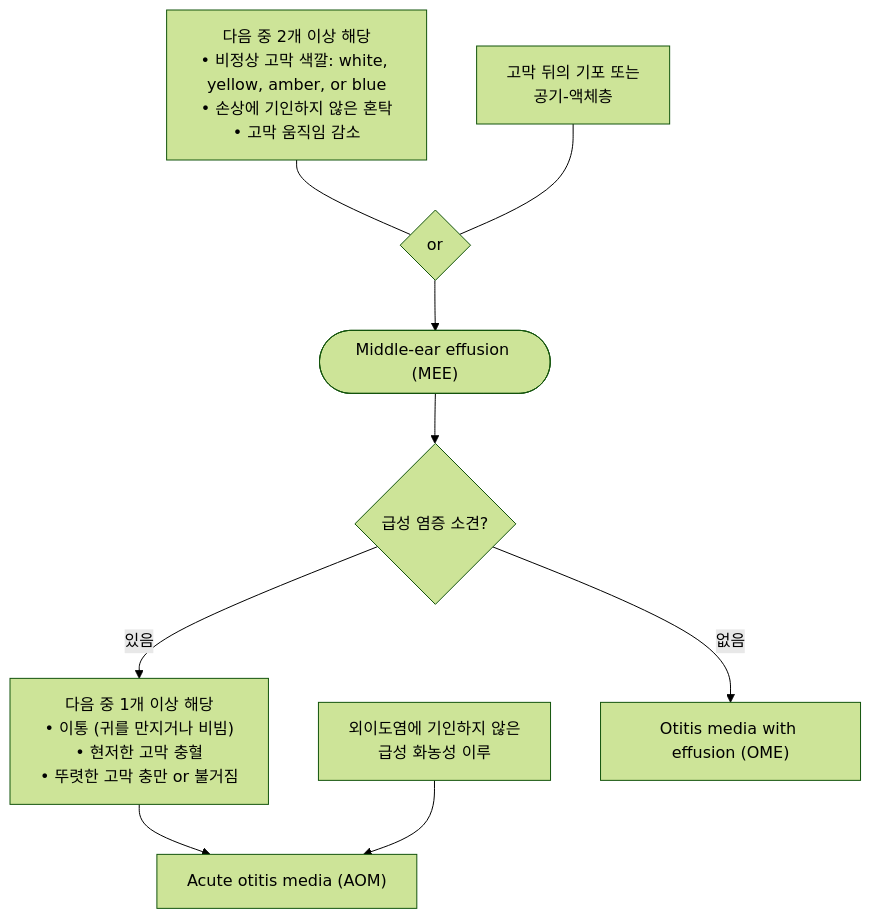
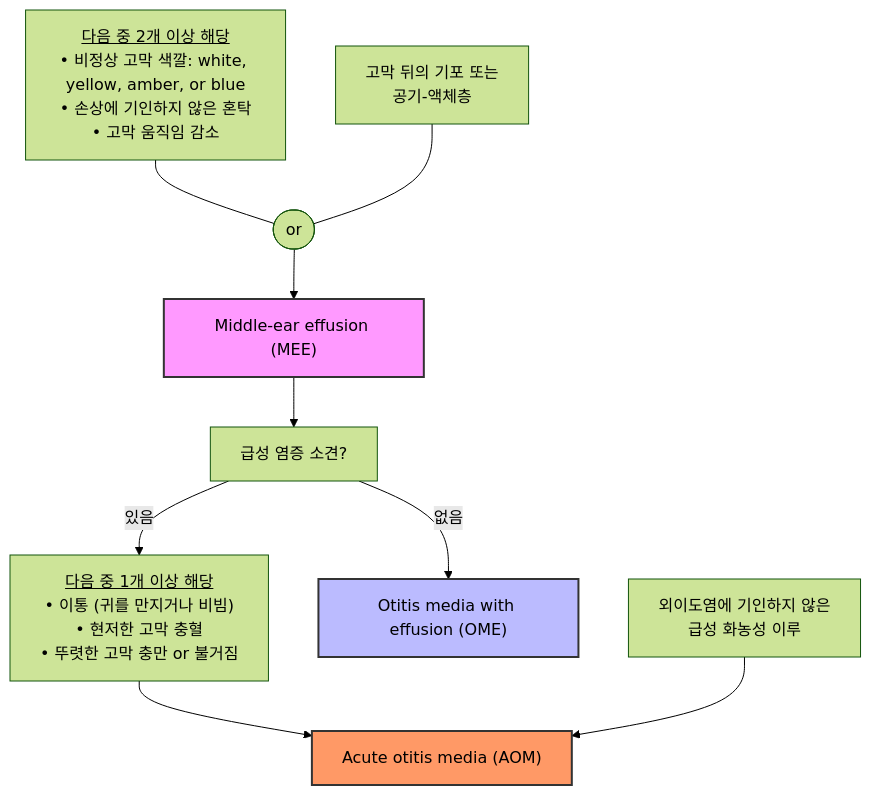
One commit to familyoh77/familyoh77 changed the first of 3 diagrams in 222_/048_-otitis-media.md. Above: the diagram before and after it, drawn with Mermaid (forest theme). The commit also changed other lines of this file, not shown here.

````diff
--- a/222_/048_-otitis-media.md
+++ b/222_/048_-otitis-media.md
@@ -111,27 +116,31 @@
 ```mermaid
 graph TD
-    A1["다음 중 2개 이상 해당<br/>• 비정상 고막 색깔: white, yellow, amber, or blue<br/>• 손상에 기인하지 않은 혼탁<br/>• 고막 움직임 감소"]
+    A1["<u>다음 중 2개 이상 해당</u><br/>• 비정상 고막 색깔: white, yellow, amber, or blue<br/>• 손상에 기인하지 않은 혼탁<br/>• 고막 움직임 감소"]
     A2["고막 뒤의 기포 또는<br/>공기-액체층"]
     A3["외이도염에 기인하지 않은<br/>급성 화농성 이루"]
 
-    MEE(["Middle-ear effusion (MEE)"])
-    
-    Inflam{"급성 염증 소견?"}
-    
-    B1["다음 중 1개 이상 해당<br/>• 이통 (귀를 만지거나 비빔)<br/>• 현저한 고막 충혈<br/>• 뚜렷한 고막 충만 or 불거짐"]
-
+    %% 진단명 박스 설정 (색상 추가)
+    MEE["Middle-ear effusion (MEE)"]
     OME["Otitis media with effusion (OME)"]
     AOM["Acute otitis media (AOM)"]
+    
+    style MEE fill:#f9f,stroke:#333,stroke-width:2px
+    style OME fill:#bbf,stroke:#333,stroke-width:2px
+    style AOM fill:#f96,stroke:#333,stroke-width:2px
 
-    A1 --- OR{or}
+    Inflam["급성 염증 소견?"]
+    
+    B1["<u>다음 중 1개 이상 해당</u><br/>• 이통 (귀를 만지거나 비빔)<br/>• 현저한 고막 충혈<br/>• 뚜렷한 고막 충만 or 불거짐"]
+
+    A1 --- OR([or])
     A2 --- OR
     OR --> MEE
     
     MEE --> Inflam
     
     Inflam -- 없음 --> OME
     Inflam -- 있음 --> B1
     
     B1 --> AOM
     A3 --> AOM
 ```
````
